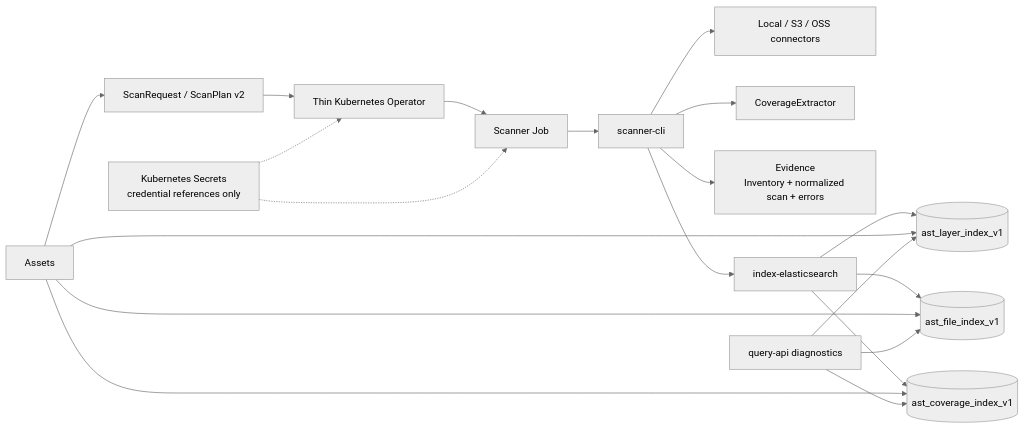
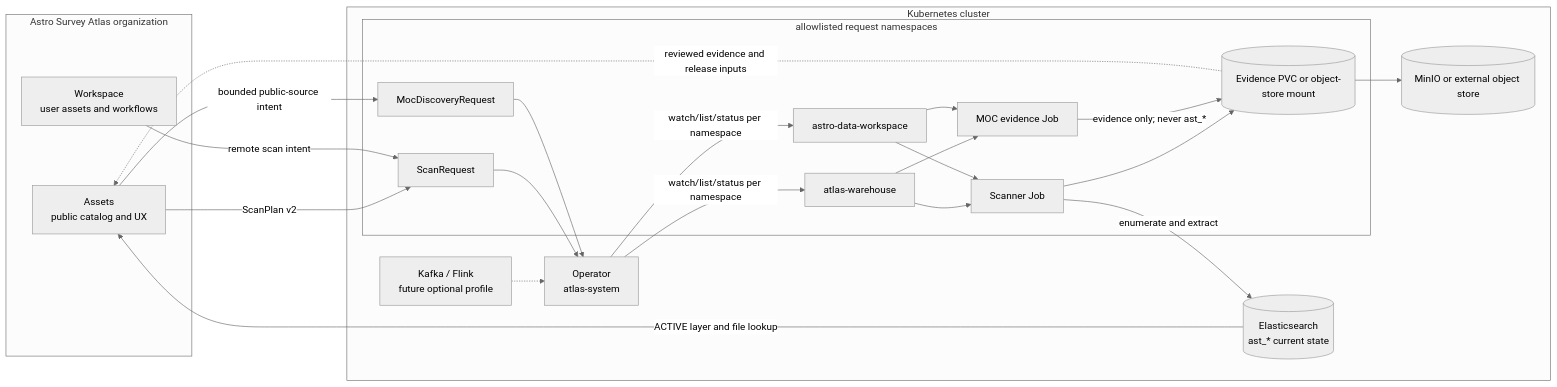
One commit to Astro-Survey-Atlas/Warehouse changed the diagram in README.md. Above: the diagram before and after it, drawn with Mermaid (neutral theme). The commit also changed other lines of this file and 230 other files, not shown here.

````diff
--- a/README.md
+++ b/README.md
@@ -28,26 +53,42 @@
 ```mermaid
 flowchart LR
-    A[Assets] --> R[ScanRequest / ScanPlan v2]
-    R --> O[Thin Kubernetes Operator]
-    O --> J[Scanner Job]
+  subgraph org[Astro Survey Atlas organization]
+    assets[Assets<br/>public catalog and UX]
+    workspace[Workspace<br/>user assets and workflows]
+  end
 
-    J --> S[scanner-cli]
-    S --> C[Local / S3 / OSS connectors]
-    S --> X[CoverageExtractor]
-    S --> E[Evidence<br/>Inventory + normalized scan + errors]
-    S --> W[index-elasticsearch]
+  subgraph cluster[Kubernetes cluster]
+    operator[Operator<br/>atlas-system]
+    subgraph callers[allowlisted request namespaces]
+      warehouseNS[atlas-warehouse]
+      workspaceNS[astro-data-workspace]
+      scan[ScanRequest]
+      moc[MocDiscoveryRequest]
+      scanjob[Scanner Job]
+      mocjob[MOC evidence Job]
+      evidence[(Evidence PVC or object-store mount)]
+    end
+    es[(Elasticsearch<br/>ast_* current state)]
+    minio[(MinIO or external object store)]
+    optional[Kafka / Flink<br/>future optional profile]
+  end
 
-    W --> L[(ast_layer_index_v1)]
-    W --> F[(ast_file_index_v1)]
-    W --> V[(ast_coverage_index_v1)]
-
-    A --> L
-    A --> F
-    A --> V
-    Q[query-api diagnostics] --> L
-    Q --> F
-    Q --> V
-
-    K[Kubernetes Secrets<br/>credential references only] -.-> O
-    K -.-> J
+  assets -->|ScanPlan v2| scan
+  workspace -->|remote scan intent| scan
+  assets -->|bounded public-source intent| moc
+  scan --> operator
+  moc --> operator
+  operator -->|watch/list/status per namespace| warehouseNS
+  operator -->|watch/list/status per namespace| workspaceNS
+  warehouseNS --> scanjob
+  workspaceNS --> scanjob
+  warehouseNS --> mocjob
+  workspaceNS --> mocjob
+  scanjob -->|enumerate and extract| es
+  scanjob --> evidence
+  mocjob -->|evidence only; never ast_*| evidence
+  evidence --> minio
+  es -->|ACTIVE layer and file lookup| assets
+  evidence -.->|reviewed evidence and release inputs| assets
+  optional -.-> operator
 ```
````
